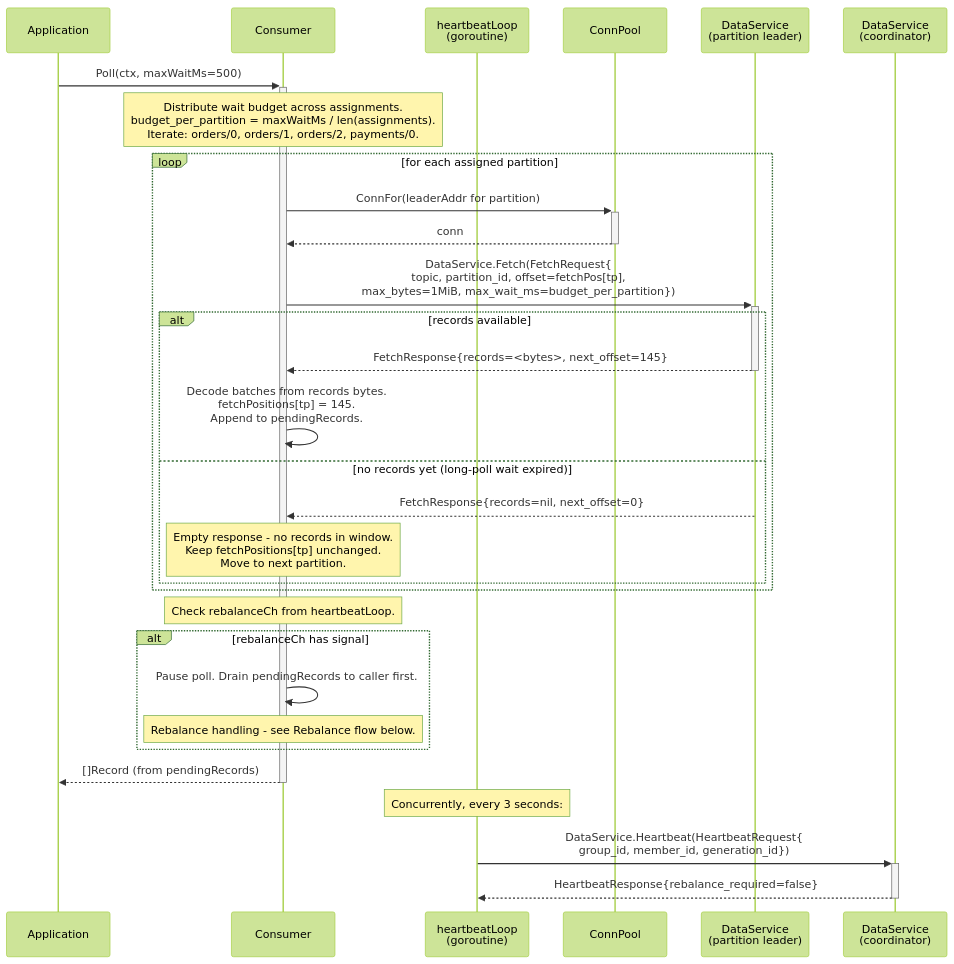
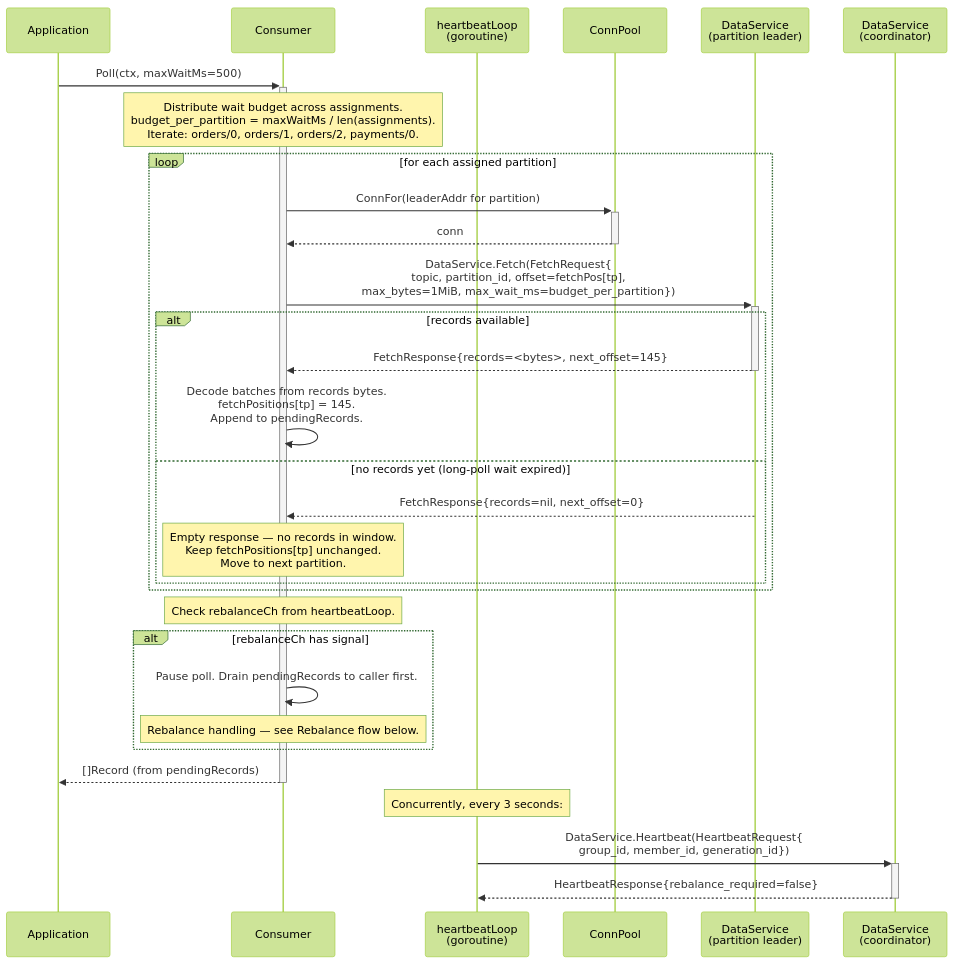
The second of 5 diagrams in docs/design/sequence/client-consumer-poll.md (bunnymq/bunnymq), drawn with Mermaid (forest theme) before and after one commit. The commit also changed other lines of this file and 86 other files, not shown here.

````diff
--- a/docs/design/sequence/client-consumer-poll.md
+++ b/docs/design/sequence/client-consumer-poll.md
@@ -46,40 +46,40 @@
 ```mermaid
 sequenceDiagram
     participant App as Application
     participant C as Consumer
     participant HB as heartbeatLoop<br/>(goroutine)
     participant CP as ConnPool
     participant DS as DataService<br/>(partition leader)
     participant GC as DataService<br/>(coordinator)
 
     App->>+C: Poll(ctx, maxWaitMs=500)
 
     Note over C: Distribute wait budget across assignments.<br/>budget_per_partition = maxWaitMs / len(assignments).<br/>Iterate: orders/0, orders/1, orders/2, payments/0.
 
     loop for each assigned partition
         C->>+CP: ConnFor(leaderAddr for partition)
         CP-->>-C: conn
 
         C->>+DS: DataService.Fetch(FetchRequest{<br/>topic, partition_id, offset=fetchPos[tp],<br/>max_bytes=1MiB, max_wait_ms=budget_per_partition})
 
         alt records available
             DS-->>-C: FetchResponse{records=<bytes>, next_offset=145}
             C->>C: Decode batches from records bytes.<br/>fetchPositions[tp] = 145.<br/>Append to pendingRecords.
         else no records yet (long-poll wait expired)
             DS-->>C: FetchResponse{records=nil, next_offset=0}
-            Note over C: Empty response - no records in window.<br/>Keep fetchPositions[tp] unchanged.<br/>Move to next partition.
+            Note over C: Empty response — no records in window.<br/>Keep fetchPositions[tp] unchanged.<br/>Move to next partition.
         end
     end
 
     Note over C: Check rebalanceCh from heartbeatLoop.
     alt rebalanceCh has signal
         C->>C: Pause poll. Drain pendingRecords to caller first.
-        Note over C: Rebalance handling - see Rebalance flow below.
+        Note over C: Rebalance handling — see Rebalance flow below.
     end
 
     C-->>-App: []Record (from pendingRecords)
 
     Note over HB: Concurrently, every 3 seconds:
     HB->>+GC: DataService.Heartbeat(HeartbeatRequest{<br/>group_id, member_id, generation_id})
     GC-->>-HB: HeartbeatResponse{rebalance_required=false}
 ```
````
